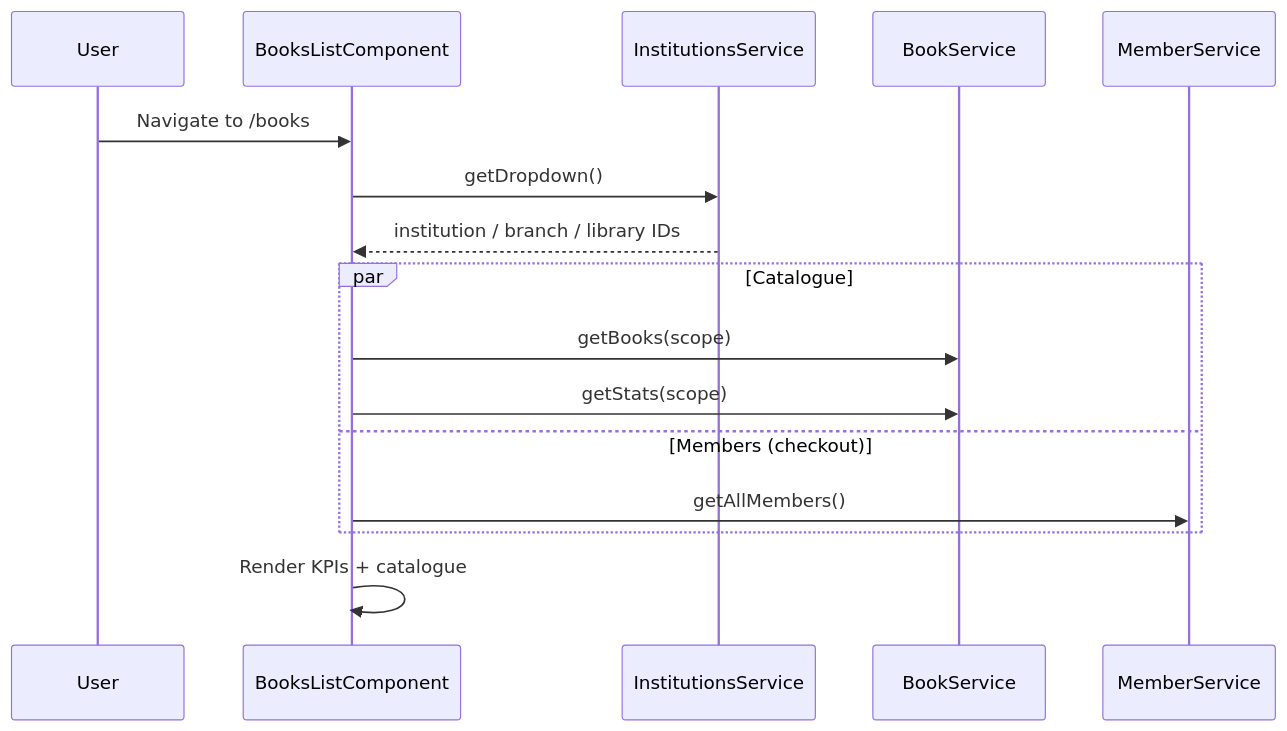
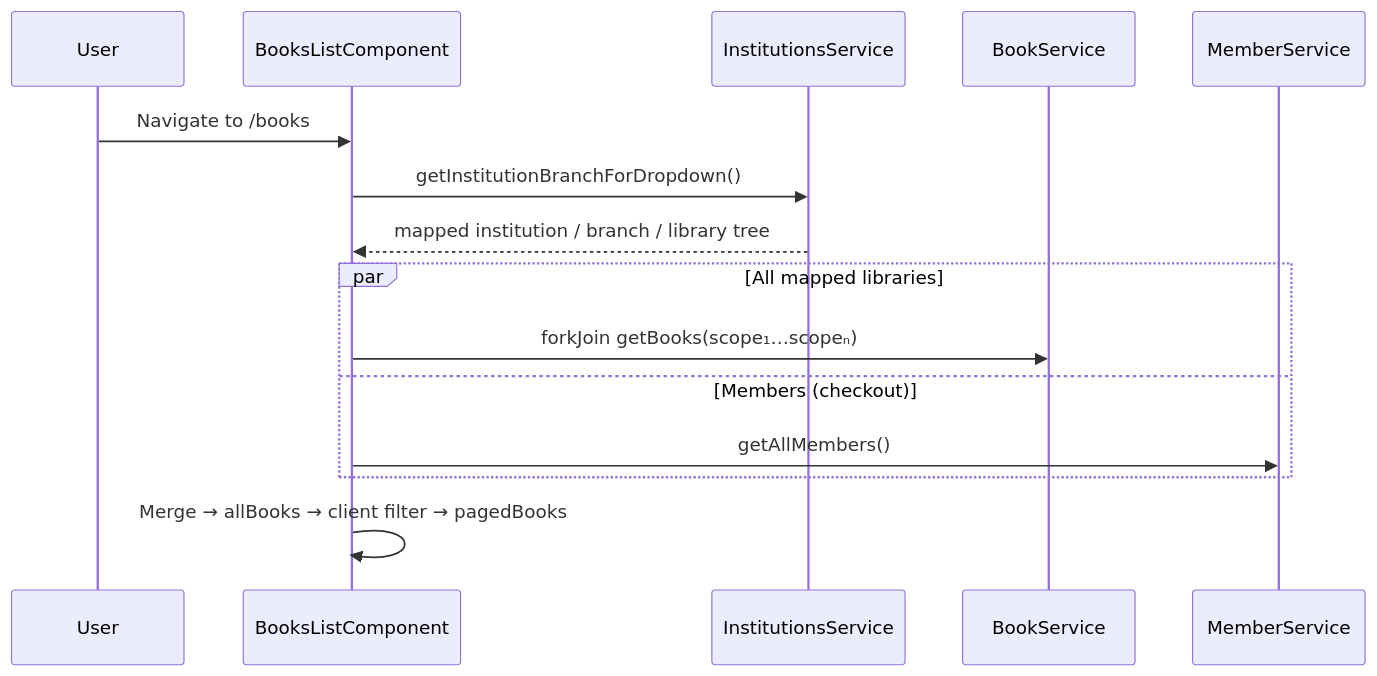
Before and after one commit to ermanjeetsingh777/Lexora: the second of 3 diagrams in docs/workflow/books-workflow.md, drawn with Mermaid. The commit also changed other lines of this file and 27 other files, not shown here.

````diff
--- a/docs/workflow/books-workflow.md
+++ b/docs/workflow/books-workflow.md
@@ -103,19 +145,18 @@
 ```mermaid
 sequenceDiagram
   participant U as User
   participant C as BooksListComponent
   participant IS as InstitutionsService
   participant BS as BookService
   participant MS as MemberService
 
   U->>C: Navigate to /books
-  C->>IS: getDropdown()
-  IS-->>C: institution / branch / library IDs
-  par Catalogue
-    C->>BS: getBooks(scope)
-    C->>BS: getStats(scope)
+  C->>IS: getInstitutionBranchForDropdown()
+  IS-->>C: mapped institution / branch / library tree
+  par All mapped libraries
+    C->>BS: forkJoin getBooks(scope₁…scopeₙ)
   and Members (checkout)
     C->>MS: getAllMembers()
   end
-  C->>C: Render KPIs + catalogue
+  C->>C: Merge → allBooks → client filter → pagedBooks
 ```
````
